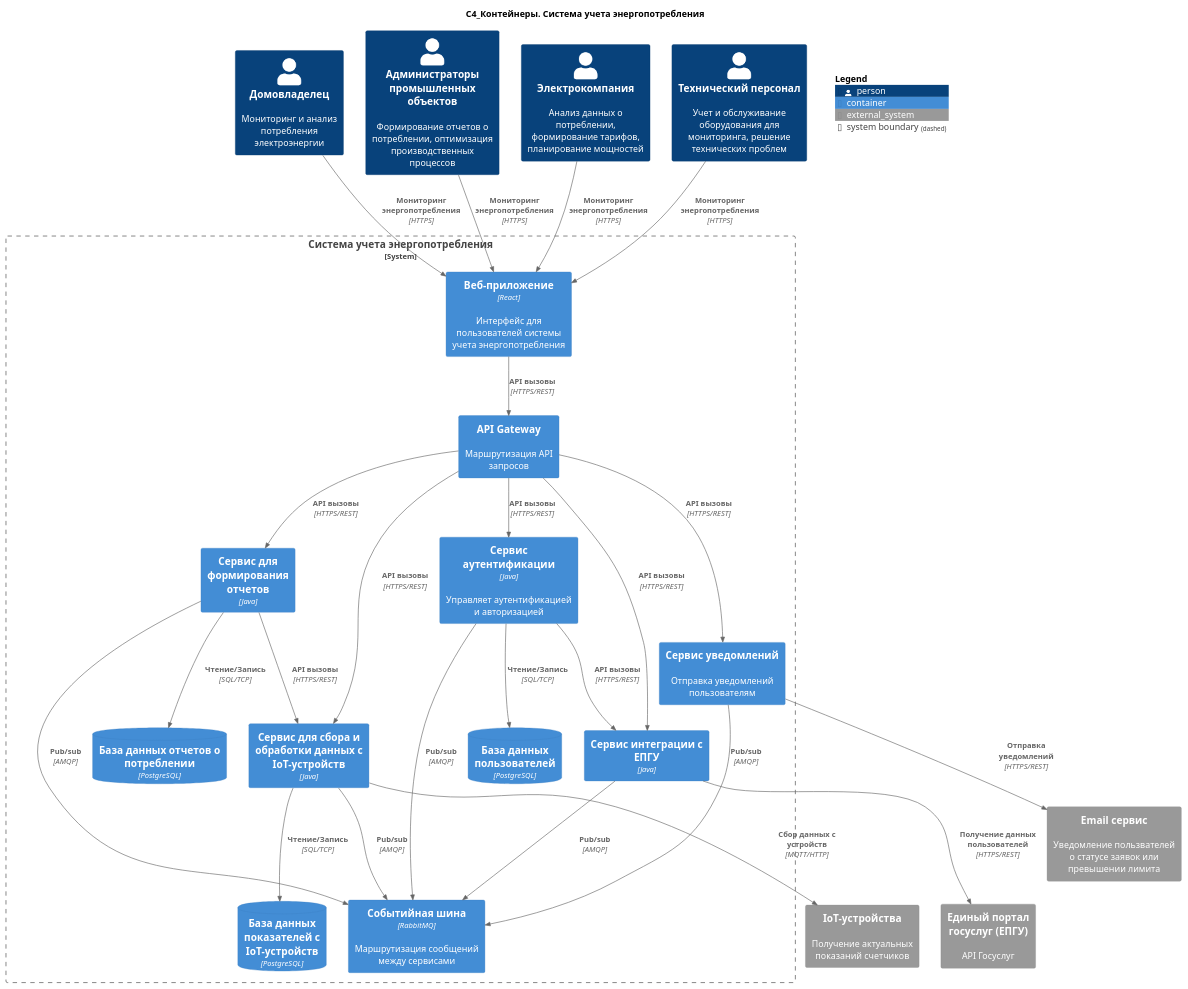
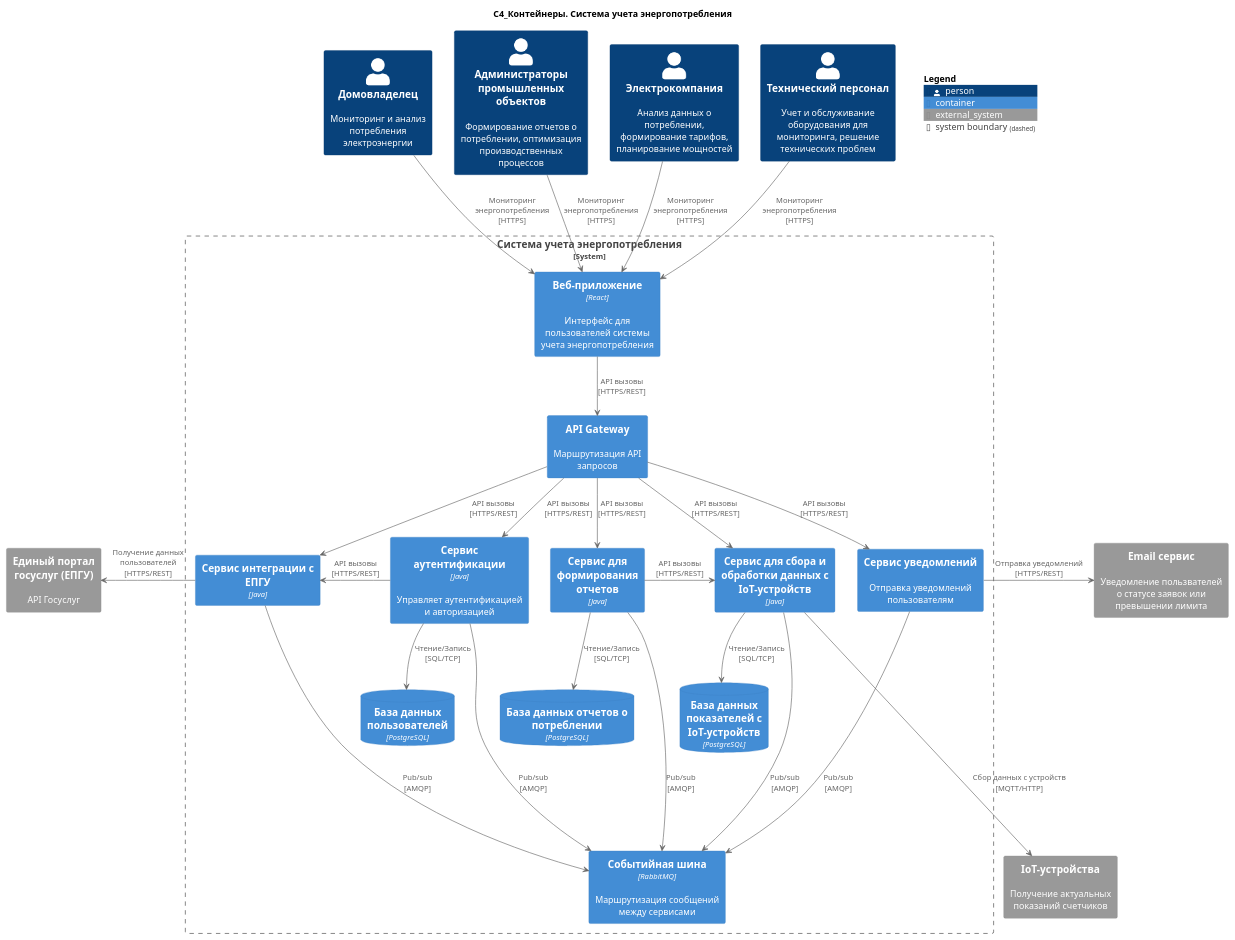
One commit to I1yaMatveev/SoftwareDevelopmentTechnology changed the diagram in 2. Технический проект/container.puml. Above: the diagram before and after it, drawn with PlantUML. The commit also changed 3 other files, not shown here.

Commit message:
Отредактировал диаграммы

```diff
--- a/2. Технический проект/container.puml
+++ b/2. Технический проект/container.puml
@@ -1,66 +1,67 @@
 @startuml Диаграмма контейнеров
 title "C4_Контейнеры. Система учета энергопотребления"
 !include https://raw.githubusercontent.com/plantuml-stdlib/C4-PlantUML/master/C4_Container.puml
 
 Person(homeowner, "Домовладелец", "Мониторинг и анализ потребления электроэнергии")
 Person(industrialFacilityAministrator, "Администраторы промышленных объектов", "Формирование отчетов о потреблении, оптимизация производственных процессов")
 Person(electricCompany, "Электрокомпания", "Анализ данных о потреблении, формирование тарифов, планирование мощностей")
 Person(technicalStaff, "Технический персонал", "Учет и обслуживание оборудования для мониторинга, решение технических проблем")
 
 System_Boundary(appBoundary, "Система учета энергопотребления") {
     Container(webApp, "Веб-приложение", "React", "Интерфейс для пользователей системы учета энергопотребления")
     Container(apiGateway, "API Gateway", "", "Маршрутизация API запросов")
 
     Container(authenticationService, "Сервис аутентификации", "Java", "Управляет аутентификацией и авторизацией")
     ContainerDb(authDB, "База данных пользователей", "PostgreSQL")
 
     Container(energyDataCollector, "Сервис для сбора и обработки данных с IoT-устройств", "Java")
     ContainerDb(energyDataCollectorDB, "База данных показателей с IoT-устройств", "PostgreSQL")
 
     Container(reportService, "Сервис для формирования отчетов", "Java")
     ContainerDb(reportDB, "База данных отчетов о потреблении", "PostgreSQL")
 
     Container(govPortalIntegrationService, "Сервис интеграции с ЕПГУ", "Java")
 
     Container(notificationService, "Сервис уведомлений", "", "Отправка уведомлений пользователям")
 
     Container(messageBroker, "Событийная шина", "RabbitMQ", "Маршрутизация сообщений между сервисами")
 }
 
 System_Ext(ioTDevices, "IoT-устройства", "Получение актуальных показаний счетчиков")
 System_Ext(govAPI, "Единый портал госуслуг (ЕПГУ)", "API Госуслуг")
 System_Ext(notificationServiceExt, "Email сервис", "Уведомление пользвателей о статусе заявок или превышении лимита")
 
-Rel(homeowner, webApp, "Мониторинг энергопотребления", "HTTPS")
-Rel(industrialFacilityAministrator, webApp, "Мониторинг энергопотребления", "HTTPS")
-Rel(electricCompany, webApp, "Мониторинг энергопотребления", "HTTPS")
-Rel(technicalStaff, webApp, "Мониторинг энергопотребления", "HTTPS")
+homeowner --> webApp : "Мониторинг энергопотребления\n[HTTPS]"
+industrialFacilityAministrator --> webApp : "Мониторинг энергопотребления\n[HTTPS]"
+electricCompany --> webApp : "Мониторинг энергопотребления\n[HTTPS]"
+technicalStaff --> webApp : "Мониторинг энергопотребления\n[HTTPS]"
 
-Rel(webApp, apiGateway, "API вызовы", "HTTPS/REST")
+webApp --> apiGateway : "API вызовы\n[HTTPS/REST]"
 
-Rel(apiGateway, authenticationService, "API вызовы", "HTTPS/REST")
-Rel(apiGateway, energyDataCollector, "API вызовы", "HTTPS/REST")
-Rel(apiGateway, reportService, "API вызовы", "HTTPS/REST")
-Rel(apiGateway, govPortalIntegrationService, "API вызовы", "HTTPS/REST")
-Rel(apiGateway, notificationService, "API вызовы", "HTTPS/REST")
+apiGateway --> authenticationService : "API вызовы\n[HTTPS/REST]"
+apiGateway --> govPortalIntegrationService : "API вызовы\n[HTTPS/REST]"
+authenticationService -right-> govPortalIntegrationService : "API вызовы\n[HTTPS/REST]"
 
-Rel(authenticationService, authDB, "Чтение/Запись", "SQL/TCP")
-Rel(energyDataCollector, energyDataCollectorDB, "Чтение/Запись", "SQL/TCP")
-Rel(reportService, reportDB, "Чтение/Запись", "SQL/TCP")
+apiGateway --> reportService : "API вызовы\n[HTTPS/REST]"
+apiGateway --> energyDataCollector : "API вызовы\n[HTTPS/REST]"
+reportService -right-> energyDataCollector : "API вызовы\n[HTTPS/REST]"
 
-Rel(authenticationService, govPortalIntegrationService, "API вызовы", "HTTPS/REST")
-Rel(reportService, energyDataCollector, "API вызовы", "HTTPS/REST")
+apiGateway --> notificationService : "API вызовы\n[HTTPS/REST]"
 
-Rel(govPortalIntegrationService, govAPI, "Получение данных пользователей", "HTTPS/REST")
-Rel(energyDataCollector, ioTDevices, "Сбор данных с устройств", "MQTT/HTTP")
-Rel(notificationService, notificationServiceExt, "Отправка уведомлений", "HTTPS/REST")
+authenticationService --> authDB : "Чтение/Запись\n[SQL/TCP]"
+energyDataCollector --> energyDataCollectorDB : "Чтение/Запись\n[SQL/TCP]"
+reportService --> reportDB : "Чтение/Запись\n[SQL/TCP]"
 
-Rel(authenticationService, messageBroker, "Pub/sub", "AMQP")
-Rel(energyDataCollector, messageBroker, "Pub/sub", "AMQP")
-Rel(reportService, messageBroker, "Pub/sub", "AMQP")
-Rel(govPortalIntegrationService, messageBroker, "Pub/sub", "AMQP")
-Rel(notificationService, messageBroker, "Pub/sub", "AMQP")
+govPortalIntegrationService -left-> govAPI : "Получение данных пользователей\n[HTTPS/REST]"
+energyDataCollector --down--> ioTDevices : "Сбор данных с устройств\n[MQTT/HTTP]"
+notificationService -right-> notificationServiceExt : "Отправка уведомлений\n[HTTPS/REST]"
+
+authenticationService ----> messageBroker : "Pub/sub\n[AMQP]"
+govPortalIntegrationService ----> messageBroker : "Pub/sub\n[AMQP]"
+reportService ----> messageBroker : "Pub/sub\n[AMQP]"
+energyDataCollector ----> messageBroker : "Pub/sub\n[AMQP]"
+notificationService ----> messageBroker : "Pub/sub\n[AMQP]"
 
 SHOW_FLOATING_LEGEND()
 
 @enduml
```
